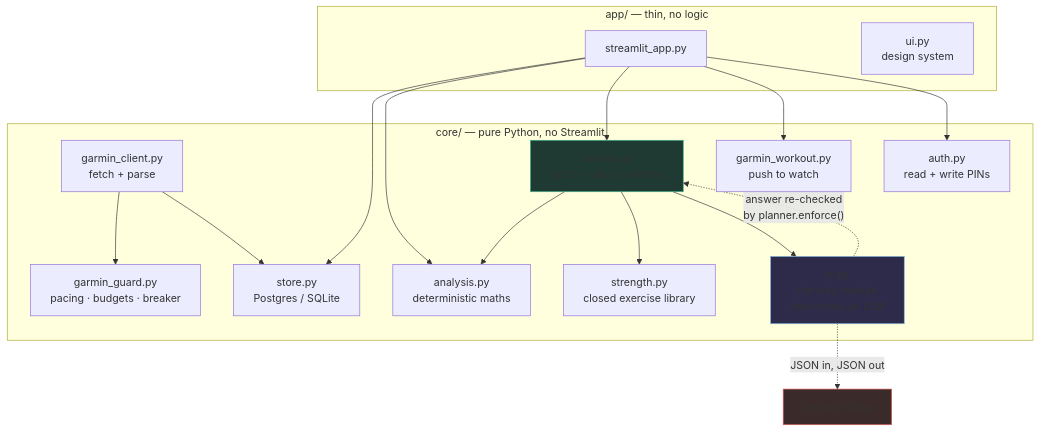
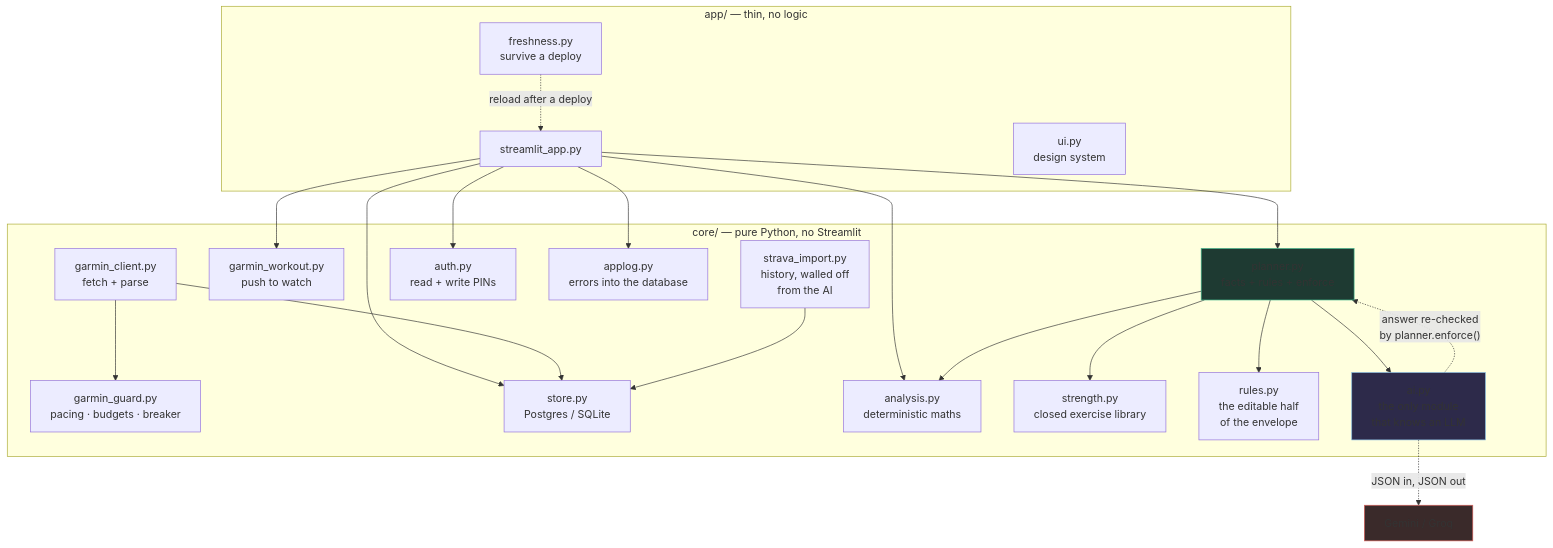
The second of 3 diagrams in README.md (AnkitGodle/aerobic-engine), drawn with Mermaid before and after one commit. The commit also changed other lines of this file and 3 other files, not shown here.

````diff
--- a/README.md
+++ b/README.md
@@ -113,34 +142,41 @@
 ```mermaid
 flowchart TD
     subgraph UI["app/ — thin, no logic"]
         SA["streamlit_app.py"]
         UIM["ui.py<br/>design system"]
+        FR["freshness.py<br/>survive a deploy"]
     end
 
     subgraph CORE["core/ — pure Python, no Streamlit"]
         GC["garmin_client.py<br/>fetch + parse"]
         GG["garmin_guard.py<br/>pacing · budgets · breaker"]
         GW["garmin_workout.py<br/>push to watch"]
         ST["store.py<br/>Postgres / SQLite"]
         AN["analysis.py<br/>deterministic maths"]
         PL["planner.py<br/>facts + rules + enforce"]
         STR["strength.py<br/>closed exercise library"]
+        RU["rules.py<br/>the editable half<br/>of the envelope"]
         AI["ai.py<br/>the only module<br/>that knows an LLM"]
         AU["auth.py<br/>read + write PINs"]
+        AL["applog.py<br/>errors into the database"]
+        SI["strava_import.py<br/>history, walled off<br/>from the AI"]
     end
 
     EXT["Gemini / Groq"]
 
-    SA --> ST & AN & PL & GW & AU
+    SA --> ST & AN & PL & GW & AU & AL
+    FR -.->|"reload after a deploy"| SA
     GC --> GG
     GC --> ST
+    SI --> ST
     PL --> AN
     PL --> STR
+    PL --> RU
     PL --> AI
     AI -.->|"JSON in, JSON out"| EXT
     AI -.->|"answer re-checked<br/>by planner.enforce()"| PL
 
     style AI fill:#2d2a4a,stroke:#7FB6DC
     style PL fill:#1e3a32,stroke:#3FB68B
     style EXT fill:#3a2a2a,stroke:#DB5F5A
 ```
````
